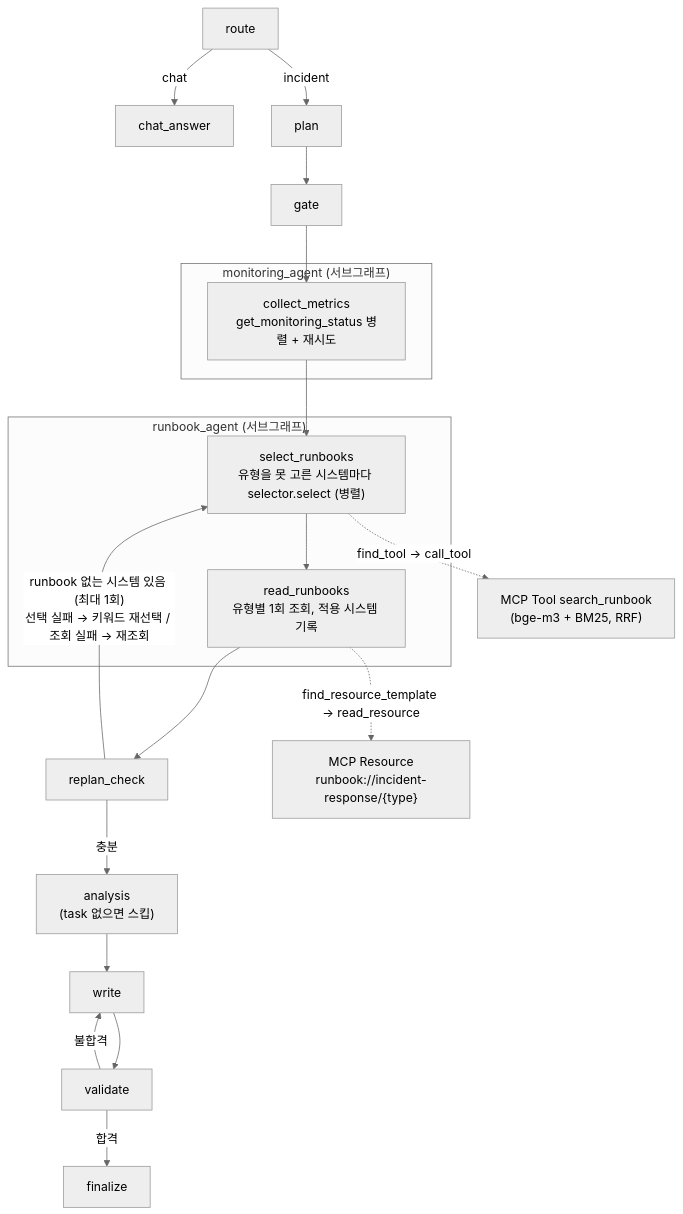
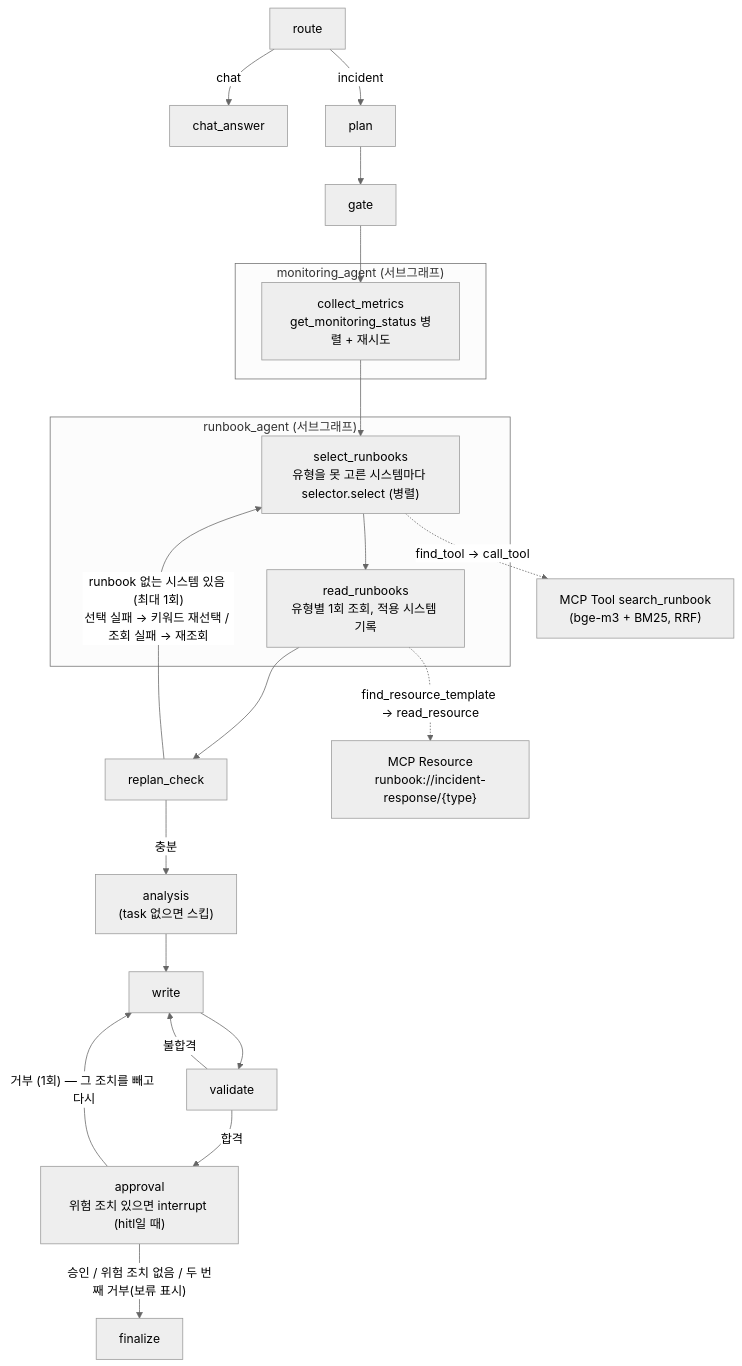
One commit to simonjiho/incident_rag_agent changed the first of 2 diagrams in doc/IMPROVEMENTS.md. Above: the diagram before and after it, drawn with Mermaid (neutral theme). The commit also changed other lines of this file and 21 other files, not shown here.

````diff
--- a/doc/IMPROVEMENTS.md
+++ b/doc/IMPROVEMENTS.md
@@ -56,28 +58,30 @@
 ```mermaid
 flowchart TB
     Route["route"] -->|chat| ChatAnswer["chat_answer"]
     Route -->|incident| Plan["plan"]
     Plan --> Gate["gate"]
     Gate --> Collect
 
     subgraph MonitoringAgent["monitoring_agent (서브그래프)"]
         Collect["collect_metrics<br/>get_monitoring_status 병렬 + 재시도"]
     end
 
     Collect --> Select
 
     subgraph RunbookAgent["runbook_agent (서브그래프)"]
         Select["select_runbooks<br/>유형을 못 고른 시스템마다 selector.select (병렬)"] --> Read["read_runbooks<br/>유형별 1회 조회, 적용 시스템 기록"]
     end
 
     Read --> Replan["replan_check"]
     Replan -->|"runbook 없는 시스템 있음 (최대 1회)<br/>선택 실패 → 키워드 재선택 / 조회 실패 → 재조회"| Select
     Replan -->|충분| Analysis["analysis<br/>(task 없으면 스킵)"]
     Analysis --> Write["write"]
     Write --> Validate["validate"]
     Validate -->|불합격| Write
-    Validate -->|합격| Finalize["finalize"]
+    Validate -->|합격| Approval["approval<br/>위험 조치 있으면 interrupt (hitl일 때)"]
+    Approval -->|"승인 / 위험 조치 없음 / 두 번째 거부(보류 표시)"| Finalize["finalize"]
+    Approval -->|"거부 (1회) — 그 조치를 빼고 다시"| Write
 
     Select -. "find_tool → call_tool" .-> SearchTool["MCP Tool search_runbook<br/>(bge-m3 + BM25, RRF)"]
     Read -. "find_resource_template → read_resource" .-> RunbookRes["MCP Resource<br/>runbook://incident-response/{type}"]
 ```
````
